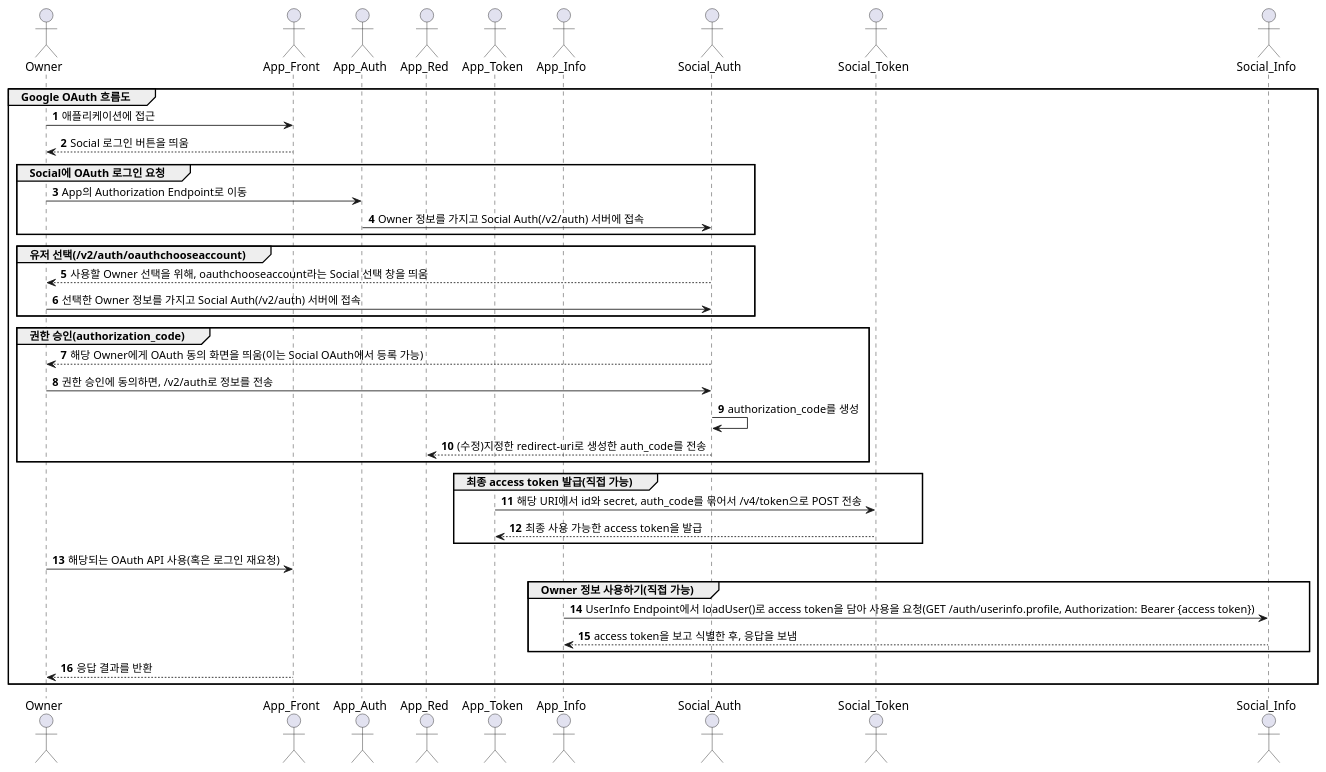
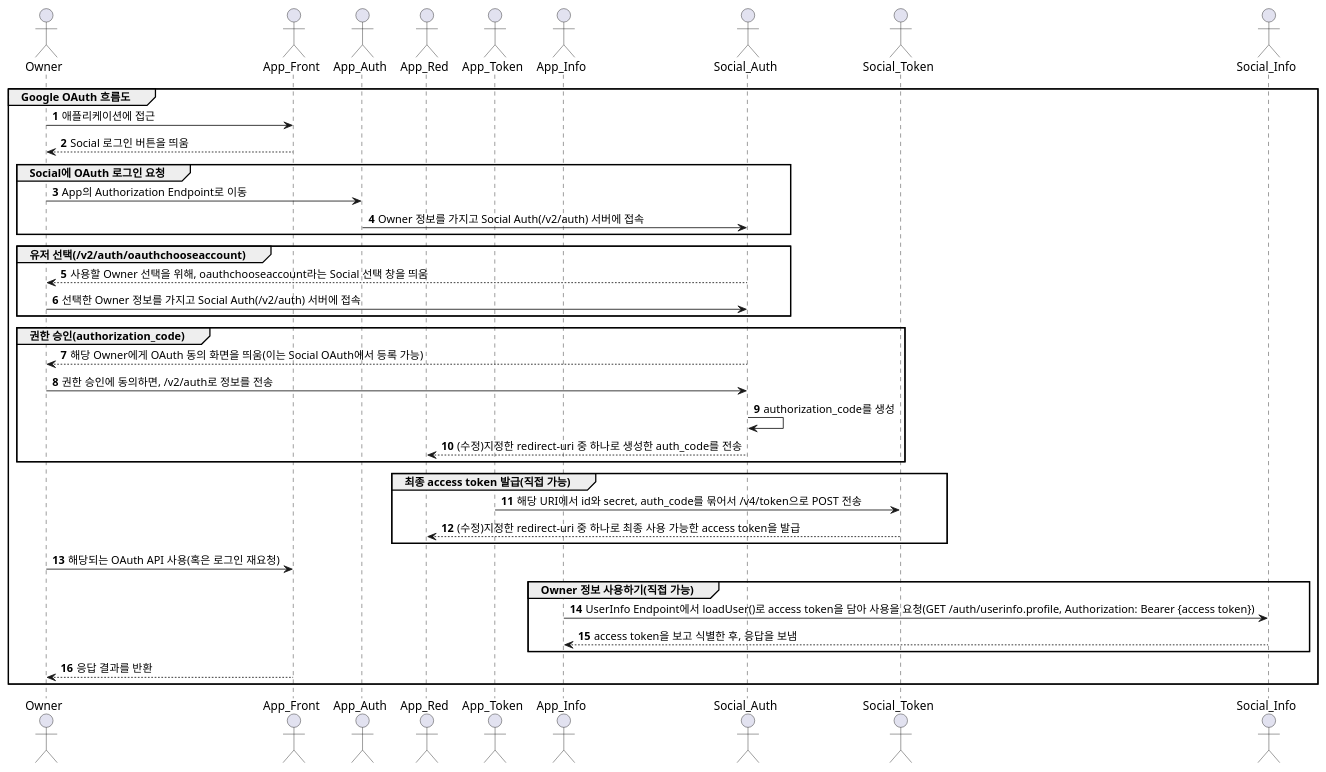
Before and after one commit to seculoper235/BlogDevelop.SPRINGBOOT: the diagram in src/main/java/com/example/blogdevelop/Security/Diagram/OAuth.puml, drawn with PlantUML.

Commit message:
OAuth 인증 시퀀스 다이어그램 수정

```diff
--- a/src/main/java/com/example/blogdevelop/Security/Diagram/OAuth.puml
+++ b/src/main/java/com/example/blogdevelop/Security/Diagram/OAuth.puml
@@ -1,50 +1,50 @@
 @startuml
 
 actor Owner
 
 actor App_Front
 actor App_Auth
 actor App_Red
 actor App_Token
 actor App_Info
 
 actor Social_Auth
 actor Social_Token
 actor Social_Info
 
 autonumber
 
 group Google OAuth 흐름도
    Owner -> App_Front : 애플리케이션에 접근
    return  Social 로그인 버튼을 띄움
 
    group Social에 OAuth 로그인 요청
       Owner -> App_Auth : App의 Authorization Endpoint로 이동
       App_Auth -> Social_Auth : Owner 정보를 가지고 Social Auth(/v2/auth) 서버에 접속
    end
 
    group 유저 선택(/v2/auth/oauthchooseaccount)
       Social_Auth --> Owner : 사용할 Owner 선택을 위해, oauthchooseaccount라는 Social 선택 창을 띄움
       Owner -> Social_Auth : 선택한 Owner 정보를 가지고 Social Auth(/v2/auth) 서버에 접속
    end
 
    group 권한 승인(authorization_code)
       Social_Auth --> Owner : 해당 Owner에게 OAuth 동의 화면을 띄움(이는 Social OAuth에서 등록 가능)
       Owner -> Social_Auth : 권한 승인에 동의하면, /v2/auth로 정보를 전송
       Social_Auth -> Social_Auth : authorization_code를 생성
-      Social_Auth --> App_Red : (수정)지정한 redirect-uri로 생성한 auth_code를 전송
+      Social_Auth --> App_Red : (수정)지정한 redirect-uri 중 하나로 생성한 auth_code를 전송
    end
 
    group 최종 access token 발급(직접 가능)
       App_Token -> Social_Token : 해당 URI에서 id와 secret, auth_code를 묶어서 /v4/token으로 POST 전송
-      Social_Token --> App_Token :  최종 사용 가능한 access token을 발급
+      Social_Token --> App_Red :  (수정)지정한 redirect-uri 중 하나로 최종 사용 가능한 access token을 발급
    end
 
    Owner -> App_Front : 해당되는 OAuth API 사용(혹은 로그인 재요청)
    group Owner 정보 사용하기(직접 가능)
       App_Info -> Social_Info : UserInfo Endpoint에서 loadUser()로 access token을 담아 사용을 요청(GET /auth/userinfo.profile, Authorization: Bearer {access token})
       Social_Info --> App_Info : access token을 보고 식별한 후, 응답을 보냄
    end
    App_Front --> Owner : 응답 결과를 반환
 end
 @enduml
```
